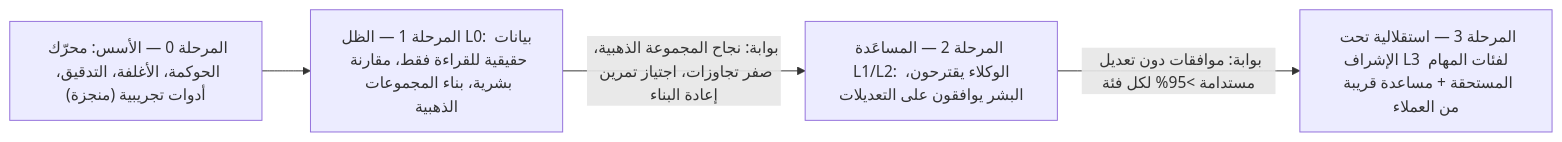
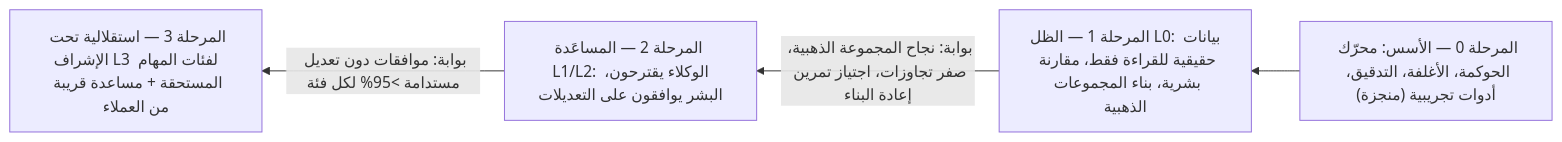
One commit to Tamoura/AI-agents changed the fourth of 4 diagrams in qdb-agent-framework/docs/PRODUCTION-PLAYBOOK.ar.md. Above: the diagram before and after it, drawn with Mermaid. The commit also changed 1 other file, not shown here.

Commit message:
Arabic docs: diagrams flow right to left
Claude-Session: https://claude.ai/code/session_01Q95mxCpMoU9DtUMR48ZNXe

````diff
--- a/qdb-agent-framework/docs/PRODUCTION-PLAYBOOK.ar.md
+++ b/qdb-agent-framework/docs/PRODUCTION-PLAYBOOK.ar.md
@@ -340,11 +340,11 @@
 ```mermaid
-flowchart LR
+flowchart RL
     P0["المرحلة 0 — الأسس: محرّك الحوكمة، الأغلفة، التدقيق، أدوات تجريبية (منجزة)"]
     P1["المرحلة 1 — الظل L0: بيانات حقيقية للقراءة فقط، مقارنة بشرية، بناء المجموعات الذهبية"]
     P2["المرحلة 2 — المساعَدة L1/L2: الوكلاء يقترحون، البشر يوافقون على التعديلات"]
     P3["المرحلة 3 — استقلالية تحت الإشراف L3 لفئات المهام المستحقة + مساعدة قريبة من العملاء"]
 
     P0 --> P1
     P1 -->|"بوابة: نجاح المجموعة الذهبية، صفر تجاوزات، اجتياز تمرين إعادة البناء"| P2
     P2 -->|"بوابة: موافقات دون تعديل مستدامة >95% لكل فئة"| P3
 ```
````
